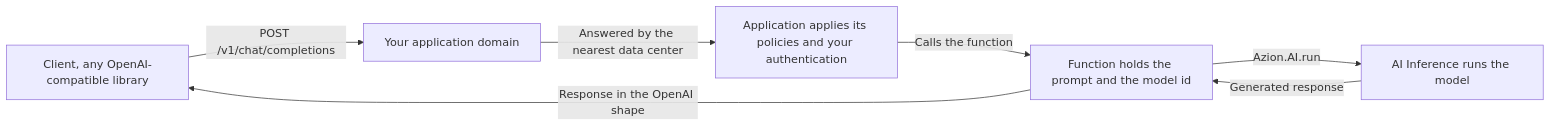
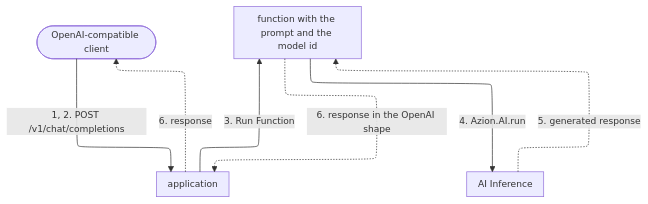
One commit to aziontech/docs changed the diagram in apps/docs/src/content/docs/en/pages/architectures/artificial-intelligence/ai-inference-architecture.mdx. Above: the diagram before and after it, drawn with Mermaid. The commit also changed other lines of this file and 179 other files, not shown here.

Commit message:
docs(diagrams): redraw every other diagram in the use-case diagram style (#2513)

````diff
--- a/apps/docs/src/content/docs/en/pages/architectures/artificial-intelligence/ai-inference-architecture.mdx
+++ b/apps/docs/src/content/docs/en/pages/architectures/artificial-intelligence/ai-inference-architecture.mdx
@@ -25,9 +25,14 @@
 ```mermaid
-flowchart LR
-  Client["Client, any OpenAI-compatible library"] -->|"POST /v1/chat/completions"| Domain["Your application domain"]
-  Domain -->|"Answered by the nearest data center"| App["Application applies its policies and your authentication"]
-  App -->|"Calls the function"| Fn["Function holds the prompt and the model id"]
-  Fn -->|"Azion.AI.run"| AI["AI Inference runs the model"]
-  AI -->|"Generated response"| Fn
-  Fn -->|"Response in the OpenAI shape"| Client
+%%{init: {"layout": "elk", "elk": {"cycleBreakingStrategy": "MODEL_ORDER"}, "themeVariables": {"fontSize": "13px"}, "flowchart": {"nodeSpacing": 24, "rankSpacing": 36, "padding": 8, "wrappingWidth": 150, "useMaxWidth": true}, "sequence": {"width": 120, "actorMargin": 30, "useMaxWidth": true}}}%%
+flowchart TD
+  Client(["OpenAI-compatible client"])
+  App["application"]
+  Fn["function with the prompt and the model id"]
+  AI["AI Inference"]
+  Client -->|"1, 2. POST /v1/chat/completions"| App
+  App -->|"3. Run Function"| Fn
+  Fn -->|"4. Azion.AI.run"| AI
+  AI -.->|"5. generated response"| Fn
+  Fn -.->|"6. response in the OpenAI shape"| App
+  App -.->|"6. response"| Client
 ```
````
